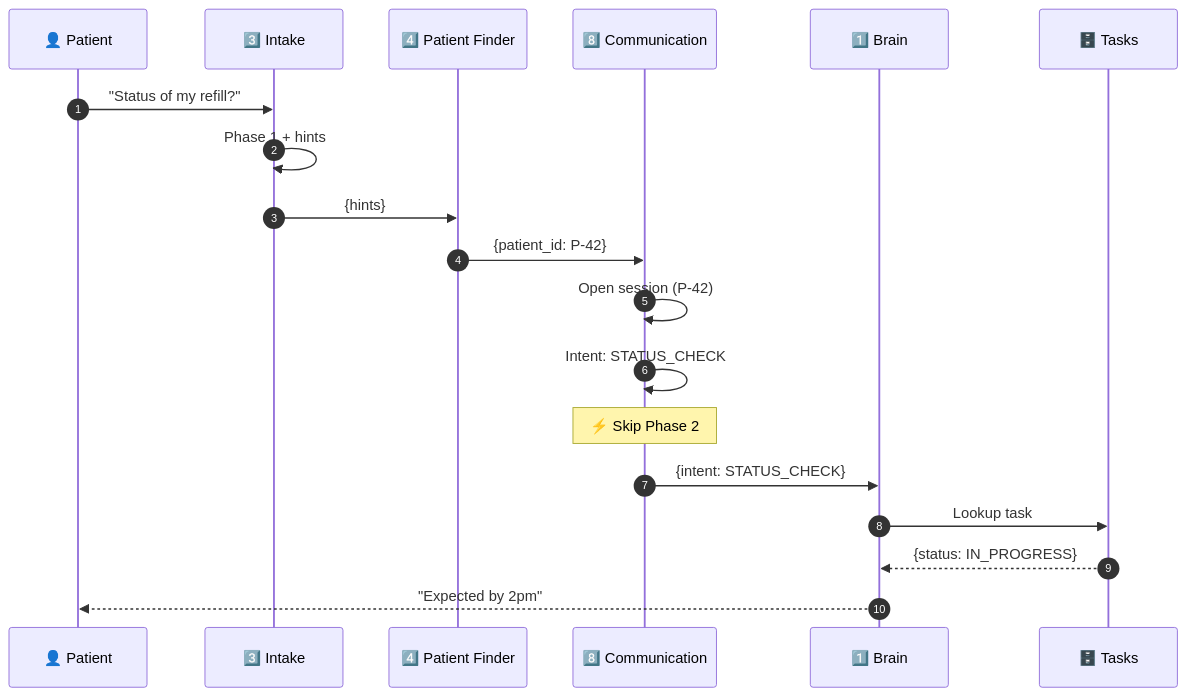
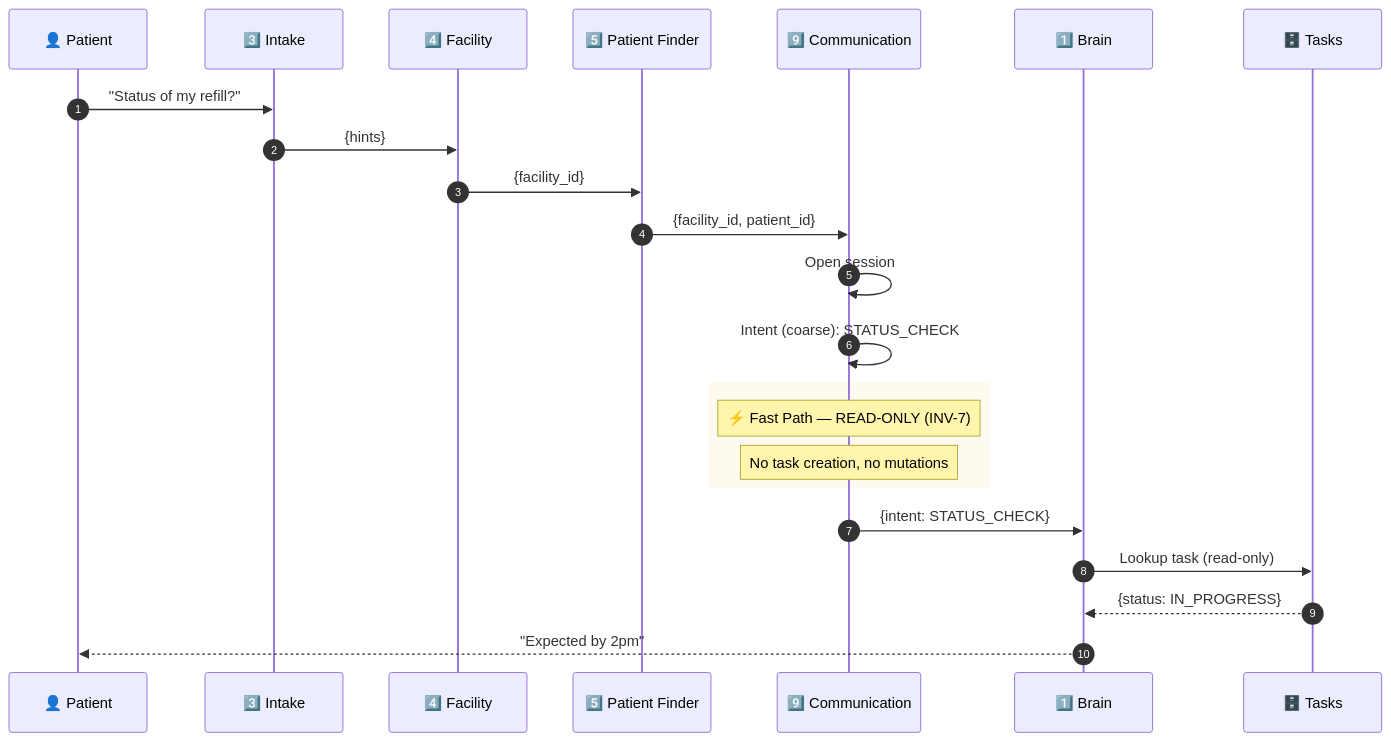
One commit to mohabnazmy/test changed diagram 12 of 16 in all.md. Above: the diagram before and after it, drawn with Mermaid. The commit also changed other lines of this file, not shown here.

````diff
--- a/all.md
+++ b/all.md
@@ -663,24 +738,29 @@
 ```mermaid
 sequenceDiagram
     autonumber
     participant P as 👤 Patient
     participant I as 3️⃣ Intake
-    participant PF as 4️⃣ Patient Finder
-    participant C as 8️⃣ Communication
+    participant FF as 4️⃣ Facility
+    participant PF as 5️⃣ Patient Finder
+    participant C as 9️⃣ Communication
     participant B as 1️⃣ Brain
     participant DB as 🗄️ Tasks
     
     P->>I: "Status of my refill?"
-    I->>I: Phase 1 + hints
-    I->>PF: {hints}
-    PF->>C: {patient_id: P-42}
+    I->>FF: {hints}
+    FF->>PF: {facility_id}
+    PF->>C: {facility_id, patient_id}
     
-    C->>C: Open session (P-42)
-    C->>C: Intent: STATUS_CHECK
-    Note over C: ⚡ Skip Phase 2
+    C->>C: Open session
+    C->>C: Intent (coarse): STATUS_CHECK
+    
+    rect rgb(255, 250, 240)
+        Note over C: ⚡ Fast Path — READ-ONLY (INV-7)
+        Note over C: No task creation, no mutations
+    end
+    
     C->>B: {intent: STATUS_CHECK}
-    
-    B->>DB: Lookup task
+    B->>DB: Lookup task (read-only)
     DB-->>B: {status: IN_PROGRESS}
     B-->>P: "Expected by 2pm"
 ```
````
